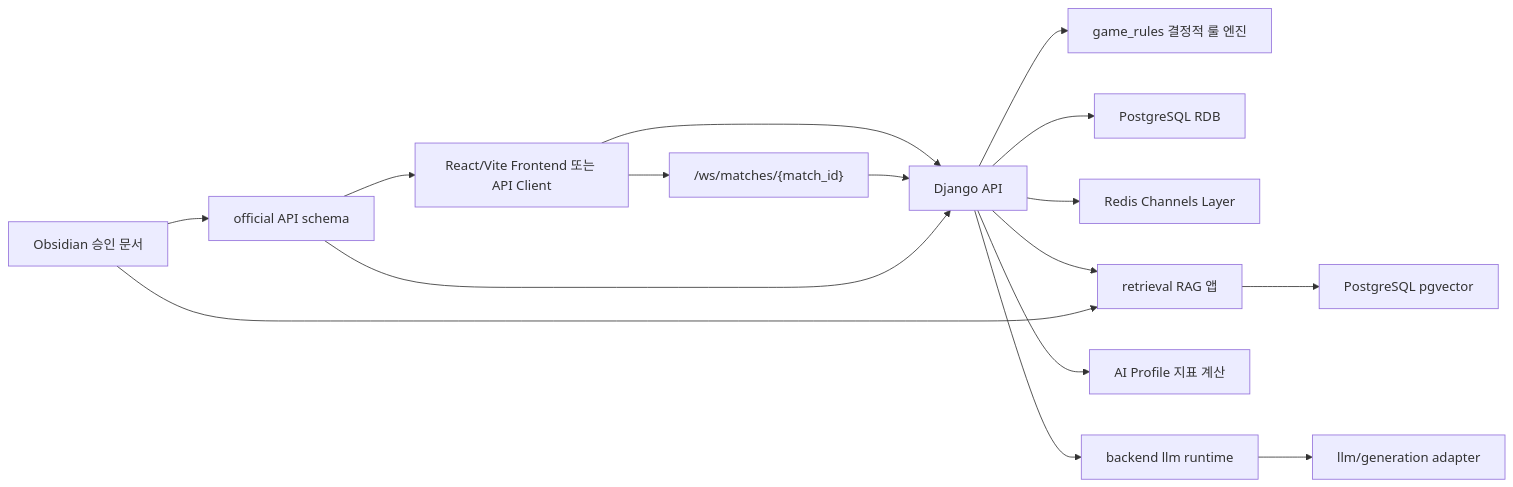
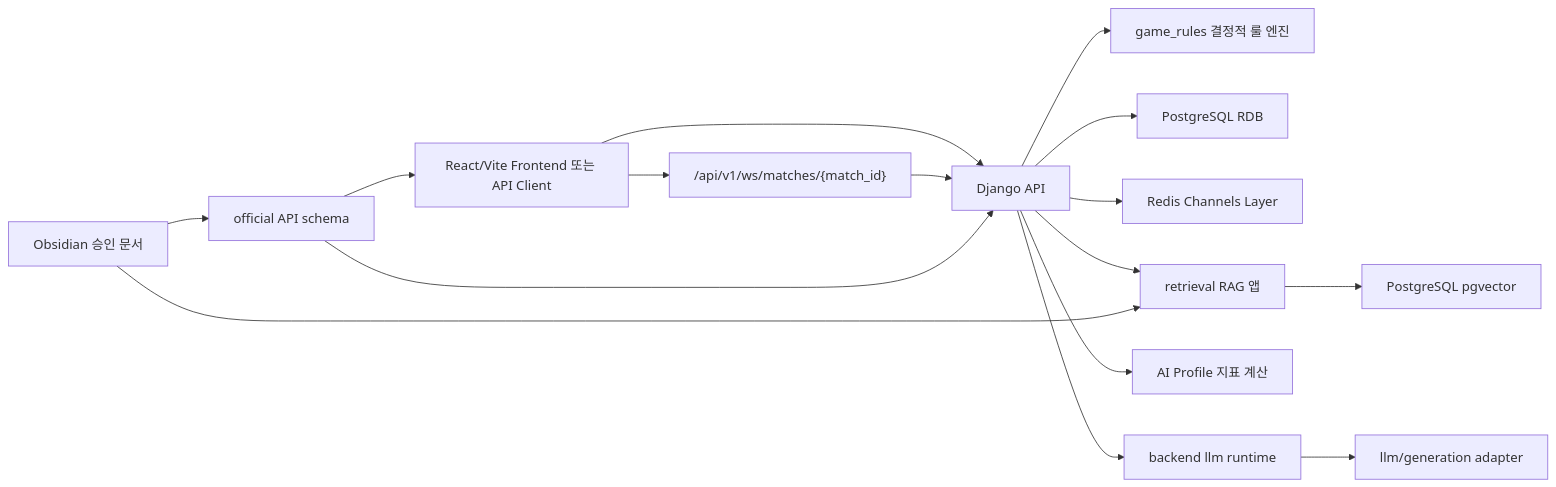
The first of 5 diagrams in README.md (SKNETWORKS-FAMILY-AICAMP/SKN27-4th-3team), drawn with Mermaid before and after one commit. The commit also changed other lines of this file and 29 other files, not shown here.

````diff
--- a/README.md
+++ b/README.md
@@ -243,18 +253,18 @@
 ```mermaid
 flowchart LR
     Client["React/Vite Frontend 또는 API Client"] --> API["Django API"]
-    Client --> WS["/ws/matches/{match_id}"]
+    Client --> WS["/api/v1/ws/matches/{match_id}"]
     WS --> API
     API --> Rules["game_rules 결정적 룰 엔진"]
     API --> RDB["PostgreSQL RDB"]
     API --> Redis["Redis Channels Layer"]
     API --> Retrieval["retrieval RAG 앱"]
     Retrieval --> Vector["PostgreSQL pgvector"]
     API --> Profile["AI Profile 지표 계산"]
     API --> LLMRuntime["backend llm runtime"]
     LLMRuntime --> LLMAdapter["llm/generation adapter"]
     Docs["Obsidian 승인 문서"] --> Retrieval
     Docs --> APIContract["official API schema"]
     APIContract --> API
     APIContract --> Client
 ```
````
